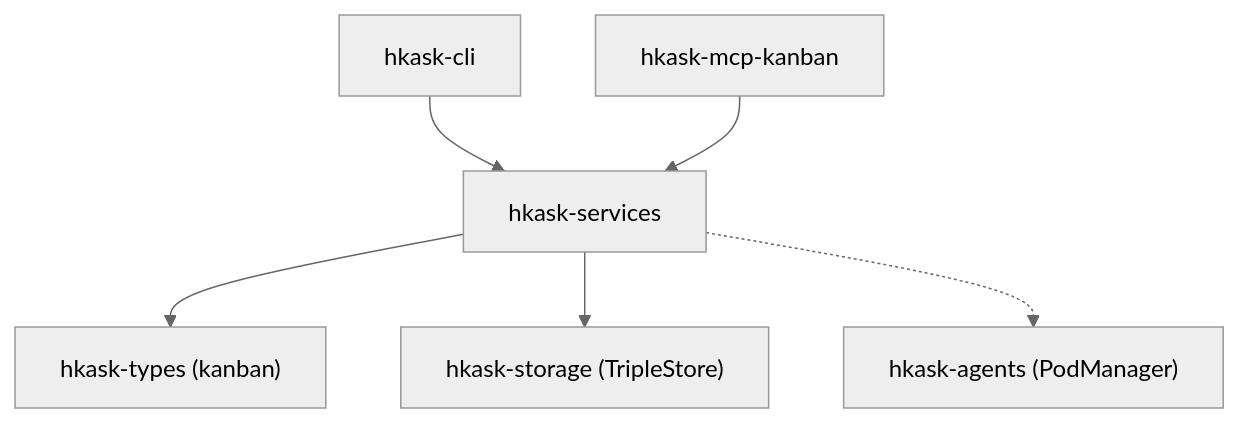
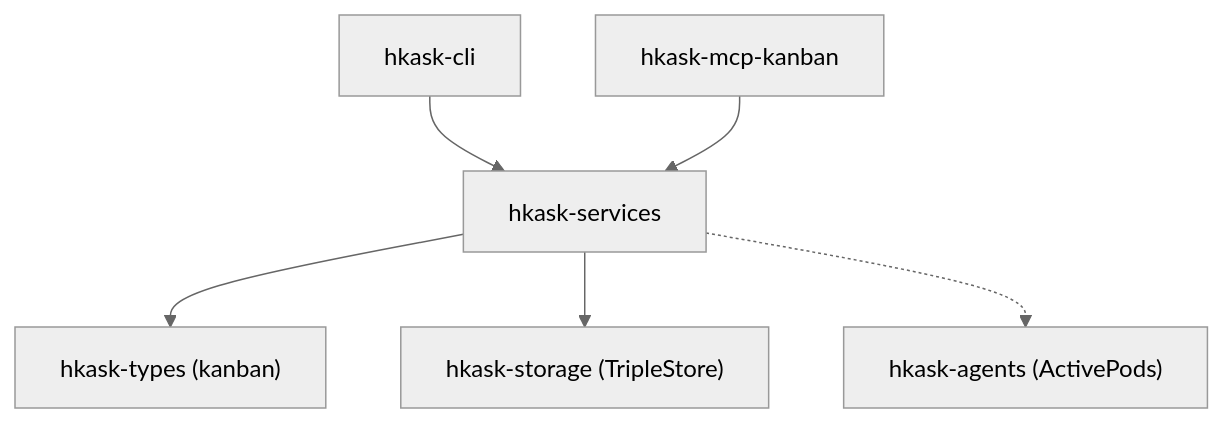
Before and after one commit to mdz-axo/hKask: the third of 8 diagrams in docs/architecture/hKask-architecture-master.md, drawn with Mermaid (neutral theme). The commit also changed other lines of this file and 21 other files, not shown here.

````diff
--- a/docs/architecture/hKask-architecture-master.md
+++ b/docs/architecture/hKask-architecture-master.md
@@ -508,8 +508,8 @@
 ```mermaid
 graph TD
     CLI["hkask-cli"] --> SVC["hkask-services"]
     MCP["hkask-mcp-kanban"] --> SVC
     SVC --> TYPES["hkask-types (kanban)"]
     SVC --> STORAGE["hkask-storage (TripleStore)"]
-    SVC -.-> AGENTS["hkask-agents (PodManager)"]
+    SVC -.-> AGENTS["hkask-agents (ActivePods)"]
 ```
````
